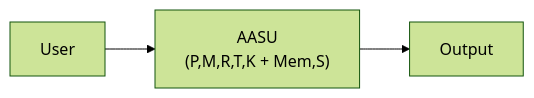
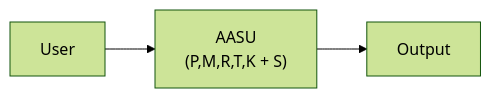
The first of 3 diagrams in README.md (SAISec/AASU), drawn with Mermaid (forest theme) before and after one commit. The commit also changed other lines of this file and 16 other files, not shown here.

````diff
--- a/README.md
+++ b/README.md
@@ -43,5 +42,5 @@
 ```mermaid
 flowchart LR
-  User --> AASU["AASU<br/>(P,M,R,T,K + Mem,S)"]
+  User --> AASU["AASU<br/>(P,M,R,T,K + S)"]
   AASU --> Output
 ```
````
